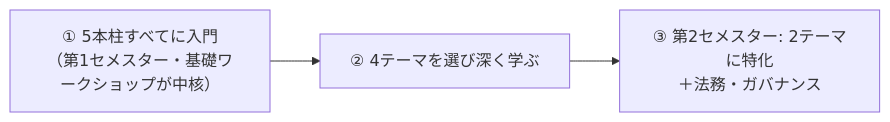
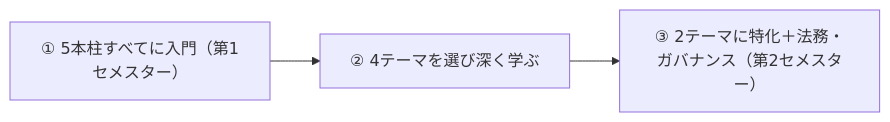
One commit to SomaTomita/sec-prep changed the diagram in topics/00_overview/01_program-structure.md. Above: the diagram before and after it, drawn with Mermaid. The commit also changed other lines of this file and 5 other files, not shown here.

````diff
--- a/topics/00_overview/01_program-structure.md
+++ b/topics/00_overview/01_program-structure.md
@@ -31,7 +41,4 @@
 ```mermaid
 flowchart LR
-    S1["① 5本柱すべてに入門<br>（第1セメスター・基礎ワークショップが中核）"]
-    S2["② 4テーマを選び深く学ぶ"]
-    S3["③ 第2セメスター: 2テーマに特化<br>＋法務・ガバナンス"]
-    S1 --> S2 --> S3
+    S1["① 5本柱すべてに入門（第1セメスター）"] --> S2["② 4テーマを選び深く学ぶ"] --> S3["③ 2テーマに特化＋法務・ガバナンス（第2セメスター）"]
 ```
````
